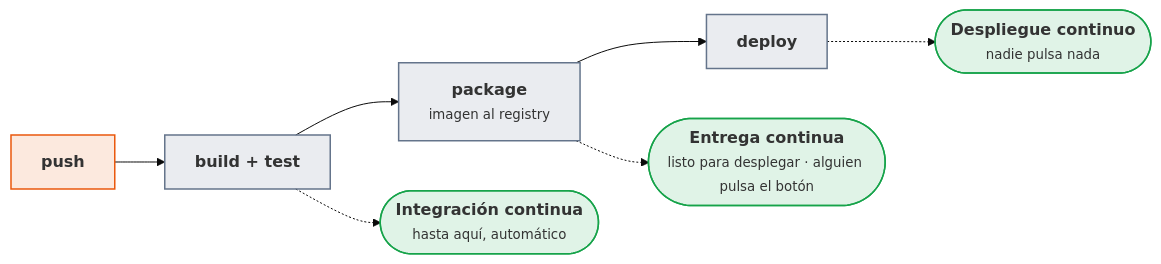
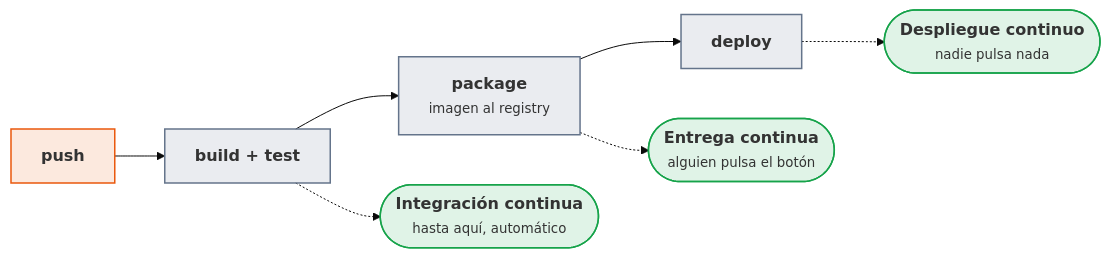
Before and after one commit to victor-educ/apuntes-5166: the first of 7 diagrams in docs/ut/ut6-ci.md, drawn with Mermaid (base theme). The commit also changed other lines of this file and 5 other files, not shown here.

````diff
--- a/docs/ut/ut6-ci.md
+++ b/docs/ut/ut6-ci.md
@@ -24,20 +24,17 @@
 ```mermaid
 flowchart LR
     PUSH["<b>push</b>"]:::act
     B["<b>build + test</b>"]:::pieza
     PKG["<b>package</b><br><small>imagen al registry</small>"]:::pieza
     DEP["<b>deploy</b>"]:::pieza
     CI(["<b>Integración continua</b><br><small>hasta aquí, automático</small>"]):::ok
-    CD(["<b>Entrega continua</b><br><small>listo para desplegar · alguien pulsa el botón</small>"]):::ok
+    CD(["<b>Entrega continua</b><br><small>alguien pulsa el botón</small>"]):::ok
     DC(["<b>Despliegue continuo</b><br><small>nadie pulsa nada</small>"]):::ok
     PUSH --> B --> PKG --> DEP
     B -.-> CI
     PKG -.-> CD
     DEP -.-> DC
     classDef act fill:#ea580c22,stroke:#ea580c,stroke-width:1.5px
     classDef pieza fill:#64748b22,stroke:#64748b,stroke-width:1.5px
-    classDef dato fill:#2563eb22,stroke:#2563eb,stroke-width:1.5px
-    classDef infra fill:#a1a1aa14,stroke:#a1a1aa,stroke-width:1.5px
     classDef ok fill:#16a34a22,stroke:#16a34a,stroke-width:1.5px
-    classDef riesgo fill:#dc262622,stroke:#dc2626,stroke-width:1.5px
 ```
````
